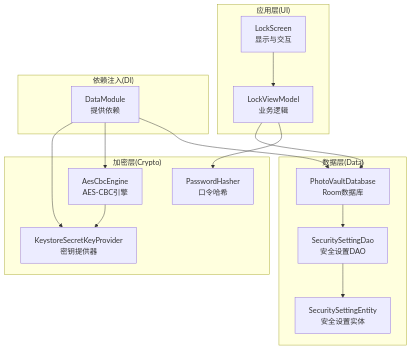
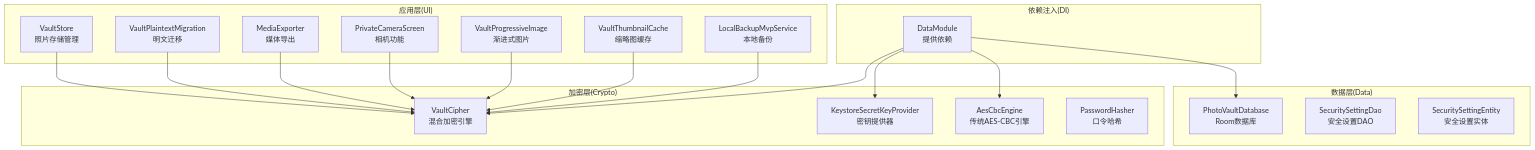
The first of 4 diagrams in .qoder/repowiki/zh/content/核心功能模块/加密存储系统/加密存储系统.md (wanhongbo/ai-photo-vault), drawn with Mermaid before and after one commit. The commit also changed other lines of this file and 22 other files, not shown here.

````diff
--- a/.qoder/repowiki/zh/content/核心功能模块/加密存储系统/加密存储系统.md
+++ b/.qoder/repowiki/zh/content/核心功能模块/加密存储系统/加密存储系统.md
@@ -42,29 +59,37 @@
 ```mermaid
 graph TB
 subgraph "应用层(UI)"
-LS["LockScreen<br/>显示与交互"]
-LVM["LockViewModel<br/>业务逻辑"]
+VS["VaultStore<br/>照片存储管理"]
+PM["VaultPlaintextMigration<br/>明文迁移"]
+ME["MediaExporter<br/>媒体导出"]
+PCS["PrivateCameraScreen<br/>相机功能"]
+VPI["VaultProgressiveImage<br/>渐进式图片"]
+VTC["VaultThumbnailCache<br/>缩略图缓存"]
+LBS["LocalBackupMvpService<br/>本地备份"]
 end
 subgraph "数据层(Data)"
 DB["PhotoVaultDatabase<br/>Room数据库"]
 DAO["SecuritySettingDao<br/>安全设置DAO"]
 SE["SecuritySettingEntity<br/>安全设置实体"]
 end
 subgraph "加密层(Crypto)"
+VC["VaultCipher<br/>混合加密引擎"]
 KSK["KeystoreSecretKeyProvider<br/>密钥提供器"]
-AES["AesCbcEngine<br/>AES-CBC引擎"]
+AES["AesCbcEngine<br/>传统AES-CBC引擎"]
 PH["PasswordHasher<br/>口令哈希"]
 end
 subgraph "依赖注入(DI)"
 DM["DataModule<br/>提供依赖"]
 end
-LS --> LVM
-LVM --> DB
-DB --> DAO
-DAO --> SE
+VS --> VC
+PM --> VC
+ME --> VC
+PCS --> VC
+VPI --> VC
+VTC --> VC
+LBS --> VC
+DM --> VC
 DM --> KSK
 DM --> AES
 DM --> DB
-LVM --> PH
-AES --> KSK
 ```
````
